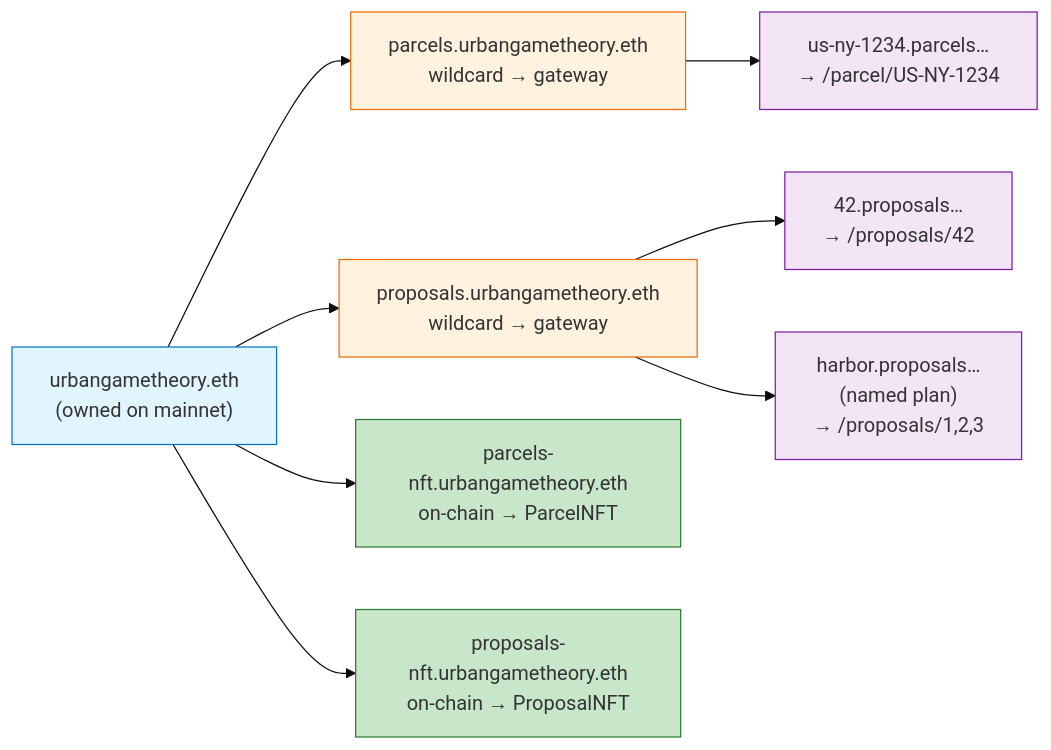
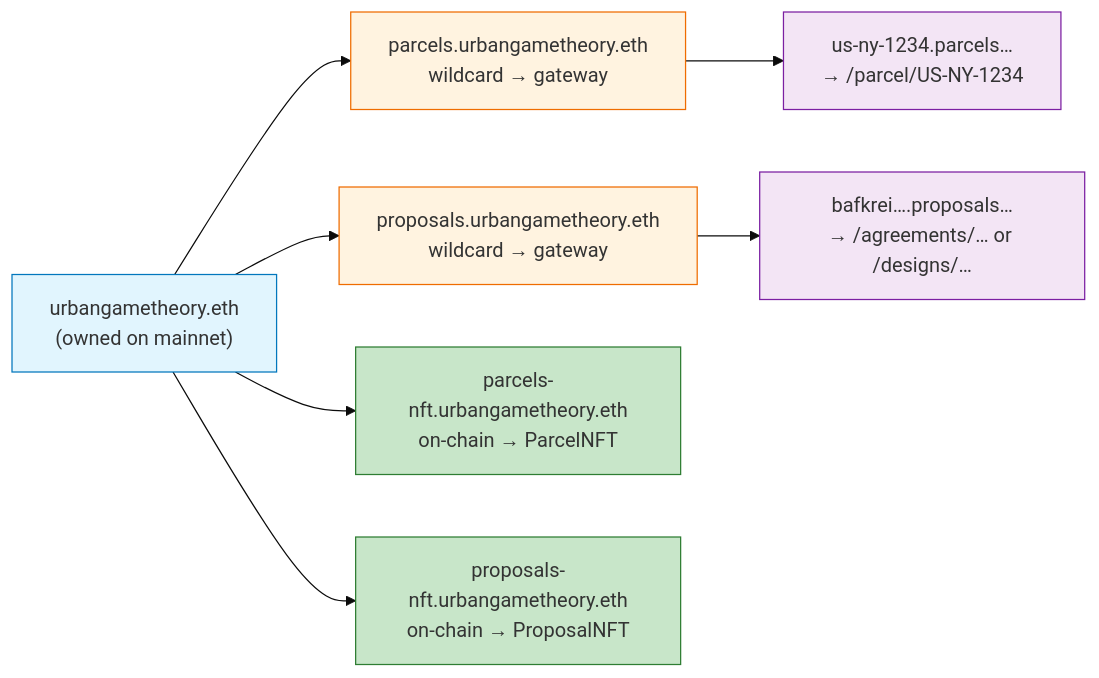
Before and after one commit to Poglavar/consensus-builder: the first of 4 diagrams in docs/feature-ens-readme.md, drawn with Mermaid (base theme). The commit also changed other lines of this file and 136 other files, not shown here.

````diff
--- a/docs/feature-ens-readme.md
+++ b/docs/feature-ens-readme.md
@@ -24,16 +22,15 @@
 ```mermaid
 flowchart LR
     root["urbangametheory.eth<br/>(owned on mainnet)"]:::root
     root --> P["parcels.urbangametheory.eth<br/>wildcard → gateway"]:::wild
     root --> Q["proposals.urbangametheory.eth<br/>wildcard → gateway"]:::wild
     root --> PN["parcels-nft.urbangametheory.eth<br/>on-chain → ParcelNFT"]:::onchain
     root --> QN["proposals-nft.urbangametheory.eth<br/>on-chain → ProposalNFT"]:::onchain
     P --> p1["us-ny-1234.parcels…<br/>→ /parcel/US-NY-1234"]:::leaf
-    Q --> q1["42.proposals…<br/>→ /proposals/42"]:::leaf
-    Q --> q2["harbor.proposals…<br/>(named plan)<br/>→ /proposals/1,2,3"]:::leaf
+    Q --> q1["bafkrei….proposals…<br/>→ /agreements/… or /designs/…"]:::leaf
 
     classDef root fill:#e1f5fe,stroke:#0277bd
     classDef wild fill:#fff3e0,stroke:#ef6c00
     classDef onchain fill:#c8e6c9,stroke:#2e7d32
     classDef leaf fill:#f3e5f5,stroke:#7b1fa2
 ```
````
